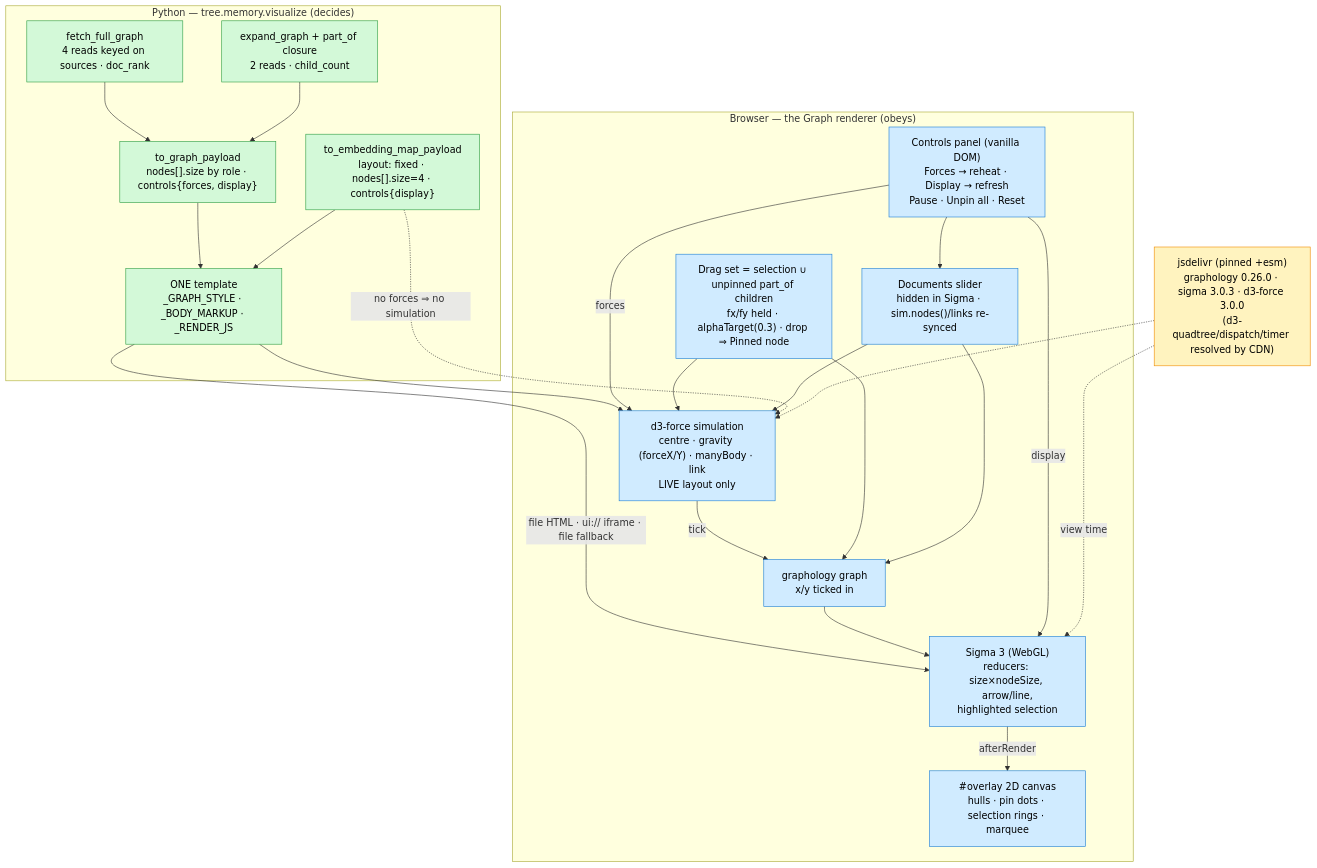
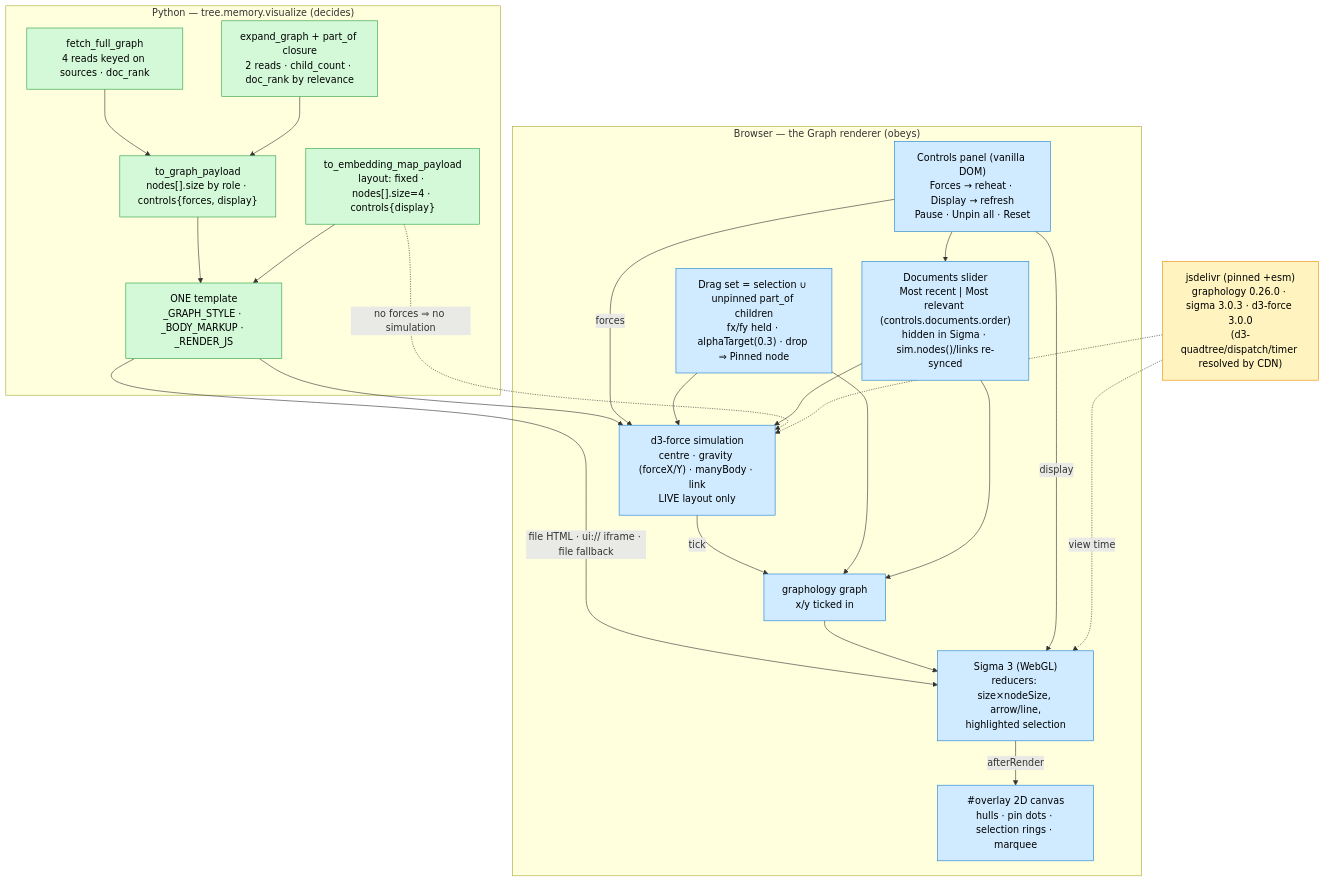
One commit to iusztinpaul/building-agentic-systems changed the diagram in docs/adrs/011_live_force_layout_and_direct_manipulation.md. Above: the diagram before and after it, drawn with Mermaid. The commit also changed other lines of this file and 16 other files, not shown here.

First line of the commit message:
feat: Rank query-view Documents slider by search relevance

````diff
--- a/docs/adrs/011_live_force_layout_and_direct_manipulation.md
+++ b/docs/adrs/011_live_force_layout_and_direct_manipulation.md
@@ -128,47 +140,47 @@
 ```mermaid
 flowchart TD
     subgraph py["Python — tree.memory.visualize (decides)"]
         GP["to_graph_payload<br/>nodes[].size by role · controls{forces, display}"]
         MP["to_embedding_map_payload<br/>layout: fixed · nodes[].size=4 · controls{display}"]
         TPL["ONE template<br/>_GRAPH_STYLE · _BODY_MARKUP · _RENDER_JS"]
         FG["fetch_full_graph<br/>4 reads keyed on sources · doc_rank"] --> GP
-        EX["expand_graph + part_of closure<br/>2 reads · child_count"] --> GP
+        EX["expand_graph + part_of closure<br/>2 reads · child_count · doc_rank by relevance"] --> GP
     end
 
     subgraph js["Browser — the Graph renderer (obeys)"]
         SIM["d3-force simulation<br/>centre · gravity (forceX/Y) · manyBody · link<br/>LIVE layout only"]
         G["graphology graph<br/>x/y ticked in"]
         SG["Sigma 3 (WebGL)<br/>reducers: size×nodeSize, arrow/line,<br/>highlighted selection"]
         OV["#overlay 2D canvas<br/>hulls · pin dots · selection rings · marquee"]
         PANEL["Controls panel (vanilla DOM)<br/>Forces → reheat · Display → refresh<br/>Pause · Unpin all · Reset"]
         DRAG["Drag set = selection ∪ unpinned part_of children<br/>fx/fy held · alphaTarget(0.3) · drop ⇒ Pinned node"]
-        DOCS["Documents slider<br/>hidden in Sigma · sim.nodes()/links re-synced"]
+        DOCS["Documents slider<br/>Most recent | Most relevant (controls.documents.order)<br/>hidden in Sigma · sim.nodes()/links re-synced"]
     end
 
     CDN["jsdelivr (pinned +esm)<br/>graphology 0.26.0 · sigma 3.0.3 · d3-force 3.0.0<br/>(d3-quadtree/dispatch/timer resolved by CDN)"]
 
     GP --> TPL
     MP --> TPL
     TPL -->|"file HTML · ui:// iframe · file fallback"| SG
     TPL --> SIM
     SIM -->|tick| G
     G --> SG
     SG -->|afterRender| OV
     PANEL -->|forces| SIM
     PANEL -->|display| SG
     DRAG --> SIM
     DRAG --> G
     PANEL --> DOCS
     DOCS --> SIM
     DOCS --> G
     MP -.->|"no forces ⇒ no simulation"| SIM
     CDN -.->|view time| SG
     CDN -.-> SIM
 
     classDef pyNode fill:#d3f9d8,stroke:#2f9e44,color:#000;
     classDef jsNode fill:#d0ebff,stroke:#1c7ed6,color:#000;
     classDef extNode fill:#fff3bf,stroke:#f08c00,color:#000;
     class GP,MP,TPL,FG,EX pyNode;
     class SIM,G,SG,OV,PANEL,DRAG,DOCS jsNode;
     class CDN extNode;
 ```
````
